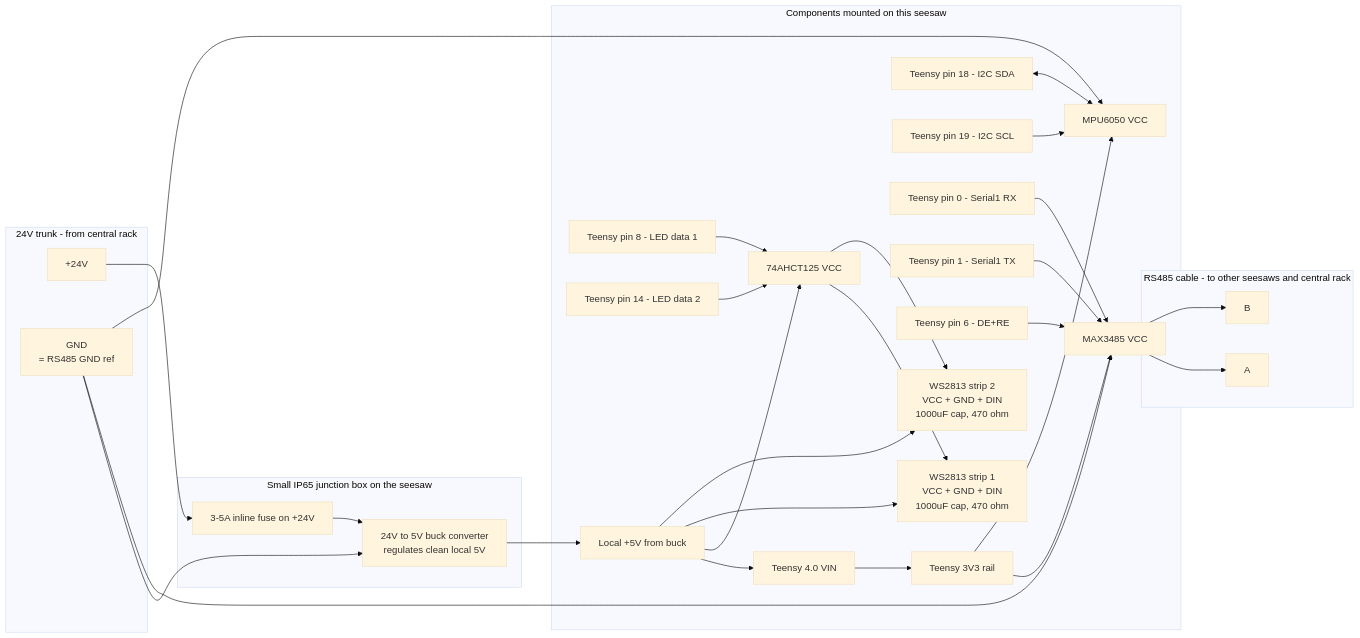
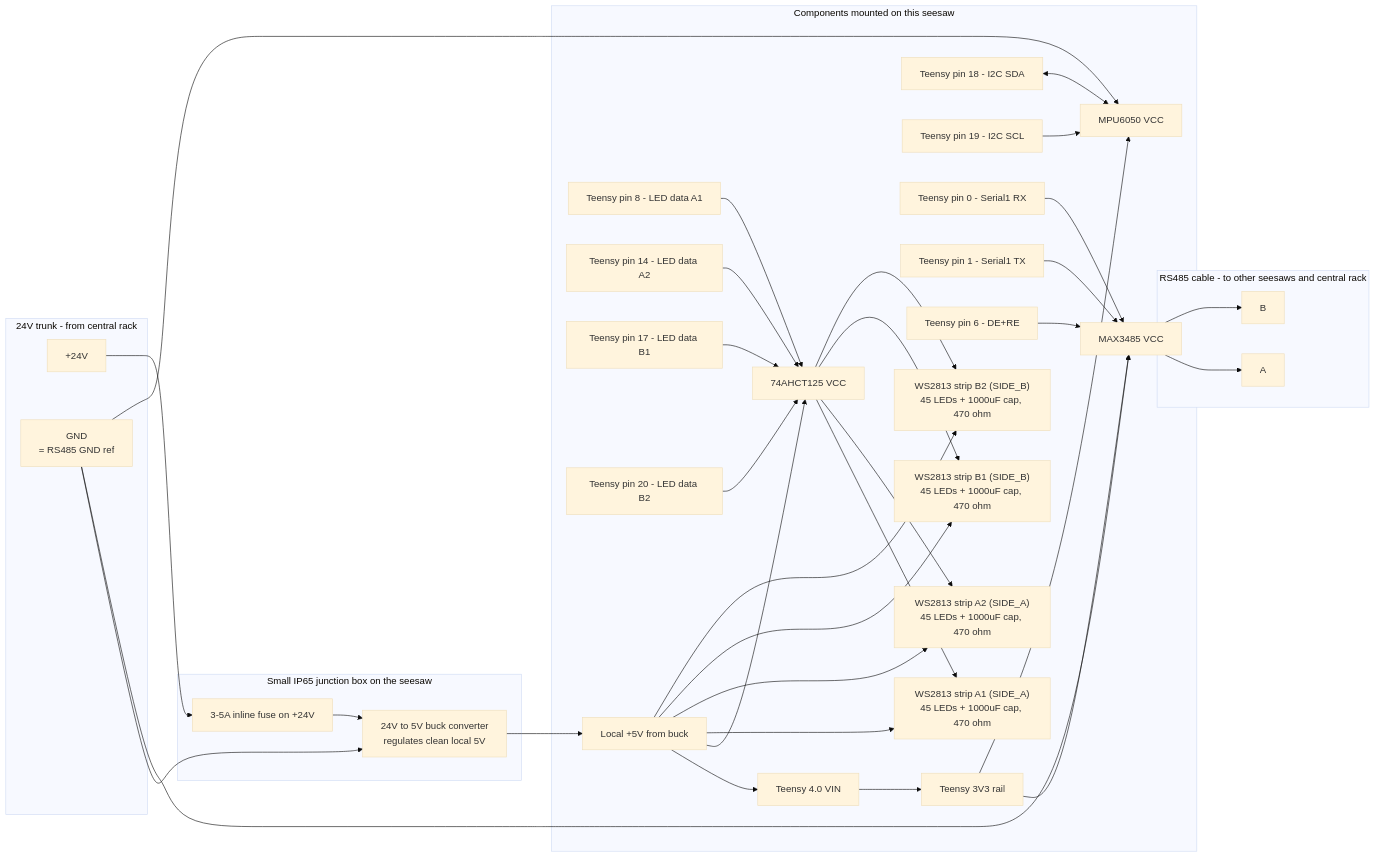
The second of 3 diagrams in README.md (walkerkaiman/Seesaws), drawn with Mermaid (base theme) before and after one commit. The commit also changed other lines of this file and 11 other files, not shown here.

````diff
--- a/README.md
+++ b/README.md
@@ -110,52 +125,60 @@
 ```mermaid
 flowchart LR
     subgraph Trunk24 [24V trunk - from central rack]
         BusV["+24V"]
         BusG["GND<br/>= RS485 GND ref"]
     end
     subgraph RS485 [RS485 cable - to other seesaws and central rack]
         RA["A"]
         RB["B"]
     end
     subgraph IPbox [Small IP65 junction box on the seesaw]
         Fuse["3-5A inline fuse on +24V"]
         Buck["24V to 5V buck converter<br/>regulates clean local 5V"]
     end
     subgraph Onseesaw [Components mounted on this seesaw]
         Local5V["Local +5V from buck"]
         VIN["Teensy 4.0 VIN"]
         V3["Teensy 3V3 rail"]
         XCVR["MAX3485 VCC"]
         Shifter["74AHCT125 VCC"]
         MPU["MPU6050 VCC"]
         Pin18["Teensy pin 18 - I2C SDA"]
         Pin19["Teensy pin 19 - I2C SCL"]
-        Pin8["Teensy pin 8 - LED data 1"]
-        Pin14["Teensy pin 14 - LED data 2"]
+        Pin8["Teensy pin 8 - LED data A1"]
+        Pin14["Teensy pin 14 - LED data A2"]
+        Pin17["Teensy pin 17 - LED data B1"]
+        Pin20["Teensy pin 20 - LED data B2"]
         Pin0["Teensy pin 0 - Serial1 RX"]
         Pin1["Teensy pin 1 - Serial1 TX"]
         Pin6["Teensy pin 6 - DE+RE"]
-        Strip1["WS2813 strip 1<br/>VCC + GND + DIN<br/>1000uF cap, 470 ohm"]
-        Strip2["WS2813 strip 2<br/>VCC + GND + DIN<br/>1000uF cap, 470 ohm"]
+        StripA1["WS2813 strip A1 (SIDE_A)<br/>45 LEDs + 1000uF cap, 470 ohm"]
+        StripA2["WS2813 strip A2 (SIDE_A)<br/>45 LEDs + 1000uF cap, 470 ohm"]
+        StripB1["WS2813 strip B1 (SIDE_B)<br/>45 LEDs + 1000uF cap, 470 ohm"]
+        StripB2["WS2813 strip B2 (SIDE_B)<br/>45 LEDs + 1000uF cap, 470 ohm"]
     end
     BusV --> Fuse --> Buck --> Local5V
     BusG --> Buck
     BusG --> XCVR
     BusG --> MPU
     Local5V --> VIN
     Local5V --> Shifter
-    Local5V --> Strip1
-    Local5V --> Strip2
+    Local5V --> StripA1
+    Local5V --> StripA2
+    Local5V --> StripB1
+    Local5V --> StripB2
     VIN --> V3
     V3 --> XCVR
     V3 --> MPU
     Pin18 <--> MPU
     Pin19 --> MPU
-    Pin8 --> Shifter --> Strip1
-    Pin14 --> Shifter --> Strip2
+    Pin8 --> Shifter --> StripA1
+    Pin14 --> Shifter --> StripA2
+    Pin17 --> Shifter --> StripB1
+    Pin20 --> Shifter --> StripB2
     Pin0 --> XCVR
     Pin1 --> XCVR
     Pin6 --> XCVR
     XCVR --> RA
     XCVR --> RB
 ```
````
